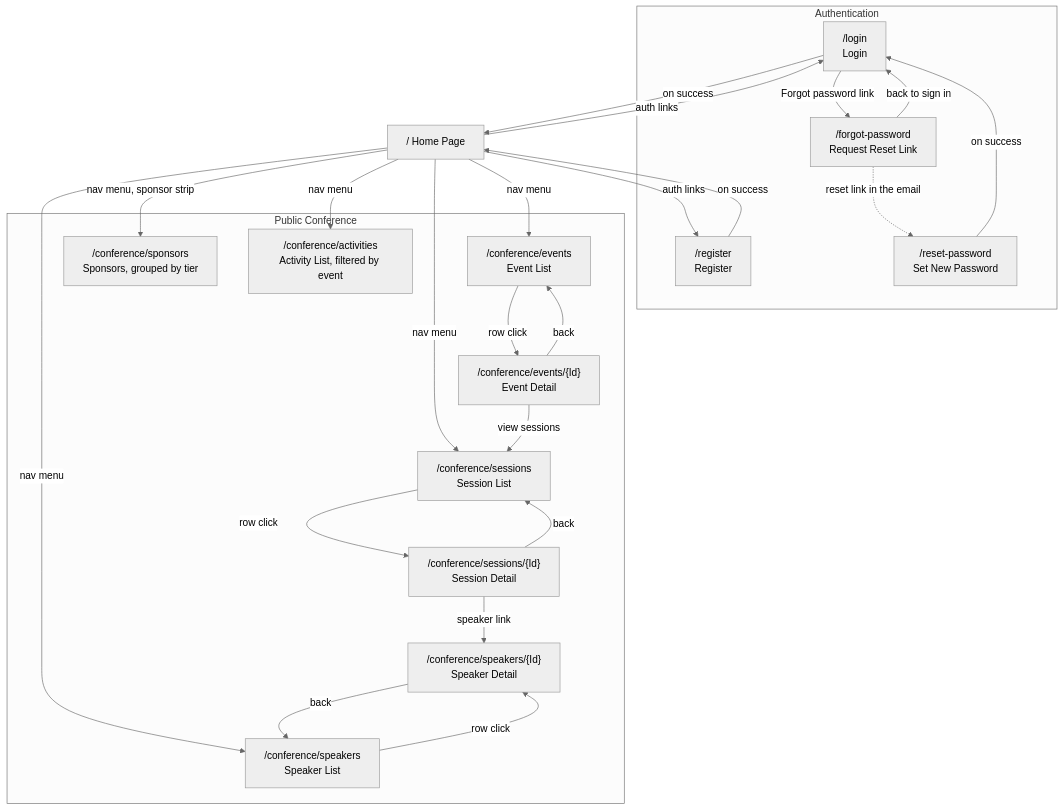
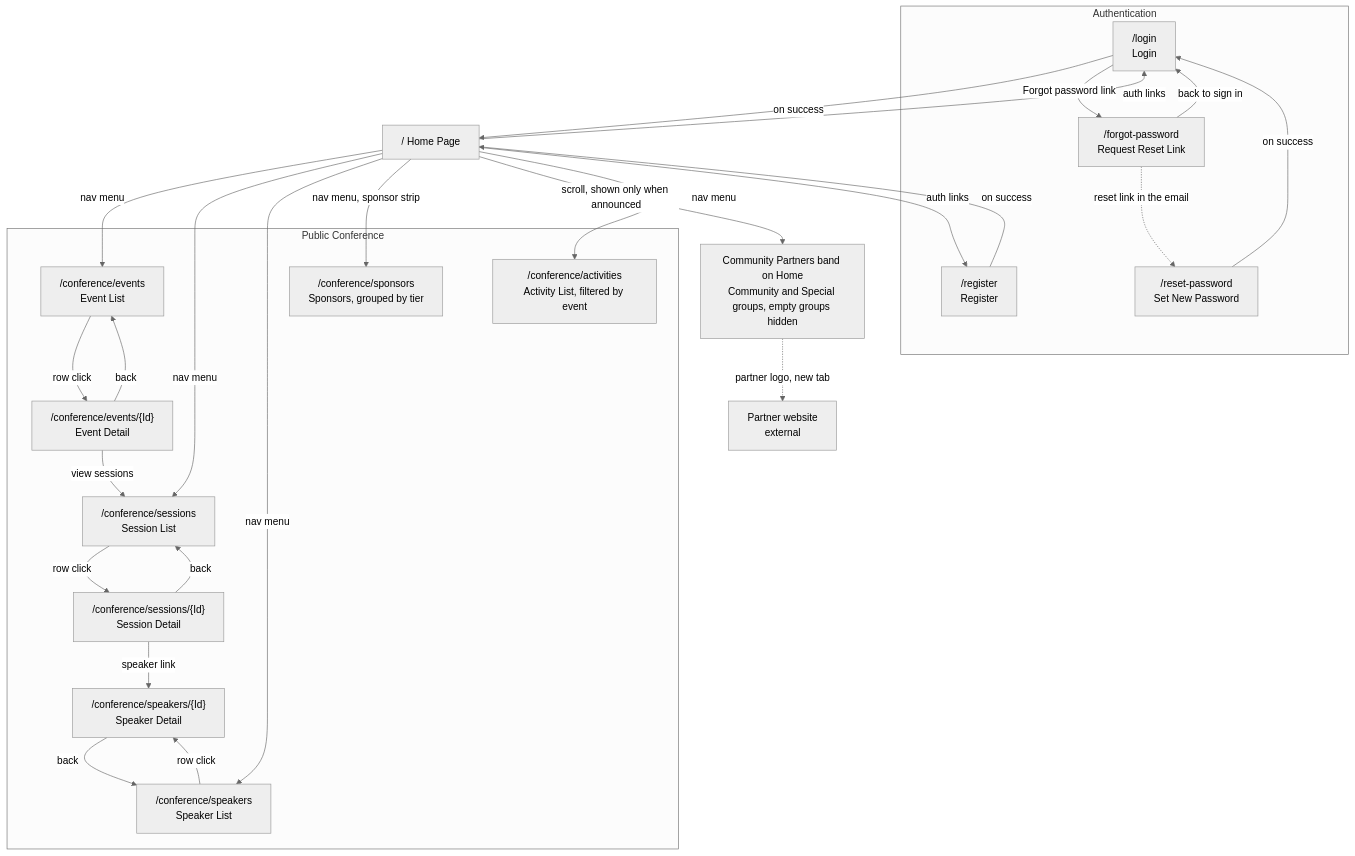
One commit to ivanball/ivanball.github.io changed the first of 14 diagrams in docs-src/guides/adc-NavigationFlow.md. Above: the diagram before and after it, drawn with Mermaid (neutral theme). The commit also changed other lines of this file and 5 other files, not shown here.

Commit message:
docs(adc): partner management and home page rules (#191)

````diff
--- a/docs-src/guides/adc-NavigationFlow.md
+++ b/docs-src/guides/adc-NavigationFlow.md
@@ -23,49 +23,53 @@
 ```mermaid
 flowchart TD
     subgraph Auth["Authentication"]
         Login["/login<br/>Login"]
         Register["/register<br/>Register"]
         ForgotPassword["/forgot-password<br/>Request Reset Link"]
         ResetPassword["/reset-password<br/>Set New Password"]
     end
 
     subgraph Public["Public Conference"]
         PubEvents["/conference/events<br/>Event List"]
         PubEventDetail["/conference/events/{Id}<br/>Event Detail"]
         PubSessions["/conference/sessions<br/>Session List"]
         PubSessionDetail["/conference/sessions/{Id}<br/>Session Detail"]
         PubSpeakers["/conference/speakers<br/>Speaker List"]
         PubSpeakerDetail["/conference/speakers/{Id}<br/>Speaker Detail"]
         PubSponsors["/conference/sponsors<br/>Sponsors, grouped by tier"]
         PubActivities["/conference/activities<br/>Activity List, filtered by event"]
     end
 
     Home["/  Home Page"]
+    HomePartners["Community Partners band on Home<br/>Community and Special groups, empty groups hidden"]
+    PartnerSite["Partner website<br/>external"]
 
     Home -->|nav menu| PubEvents
     Home -->|nav menu| PubSessions
     Home -->|nav menu| PubSpeakers
     Home -->|nav menu, sponsor strip| PubSponsors
+    Home -->|scroll, shown only when announced| HomePartners
+    HomePartners -.->|partner logo, new tab| PartnerSite
     Home -->|nav menu| PubActivities
     Home -->|auth links| Login
     Home -->|auth links| Register
 
     Login -->|on success| Home
     Register -->|on success| Home
 
     Login -->|Forgot password link| ForgotPassword
     ForgotPassword -->|back to sign in| Login
     ForgotPassword -.->|reset link in the email| ResetPassword
     ResetPassword -->|on success| Login
 
     PubEvents -->|row click| PubEventDetail
     PubEventDetail -->|back| PubEvents
     PubEventDetail -->|view sessions| PubSessions
 
     PubSessions -->|row click| PubSessionDetail
     PubSessionDetail -->|back| PubSessions
     PubSessionDetail -->|speaker link| PubSpeakerDetail
 
     PubSpeakers -->|row click| PubSpeakerDetail
     PubSpeakerDetail -->|back| PubSpeakers
 ```
````
